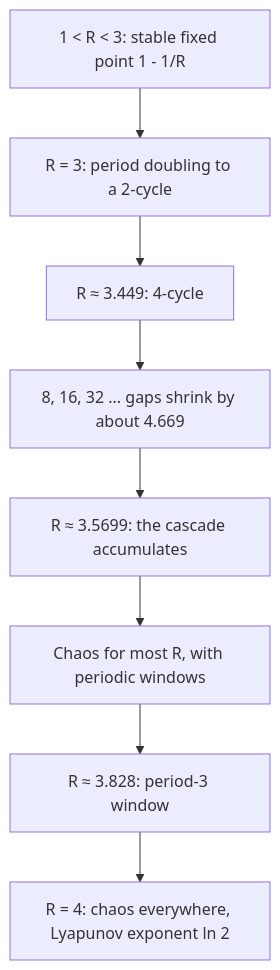
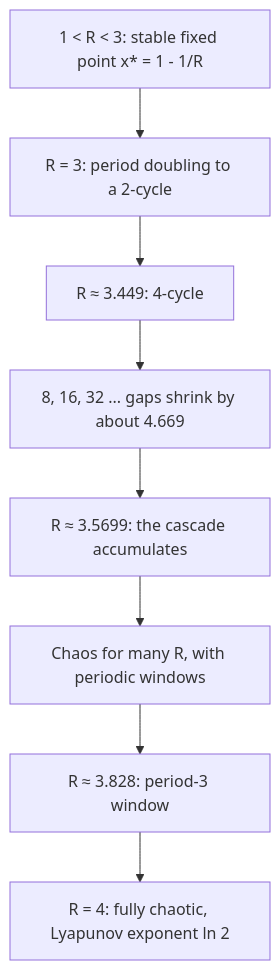
Before and after one commit to Aziliz/erudior: the diagram in content/math/diffeq/lessons/92-logistic-map.md, drawn with Mermaid. The commit also changed other lines of this file and 21 other files, not shown here.

````diff
--- a/content/math/diffeq/lessons/92-logistic-map.md
+++ b/content/math/diffeq/lessons/92-logistic-map.md
@@ -139,12 +139,12 @@
 ```mermaid
 flowchart TD
   accTitle: The period-doubling route to chaos in the logistic map
-  accDescr: As R increases, the logistic map has a stable fixed point for R between 1 and 3. At R equals 3 it period-doubles to a stable 2-cycle. At about 3.449 the 2-cycle doubles to a 4-cycle, then to 8 and 16 at values that get closer by a factor approaching the Feigenbaum constant 4.669. The doublings accumulate at about 3.5699, beyond which most values of R give chaos, interrupted by periodic windows such as period 3 starting at about 3.828. At R equals 4 the map is fully chaotic with Lyapunov exponent ln 2.
-  A["1 #lt; R #lt; 3: stable fixed point 1 - 1/R"] --> B["R = 3: period doubling to a 2-cycle"]
+  accDescr: As R increases, the logistic map has a stable fixed point for R between 1 and 3. At R equals 3 it period-doubles to a stable 2-cycle. At about 3.449 the 2-cycle doubles to a 4-cycle, then to 8 and 16 at values that get closer by a factor approaching the Feigenbaum constant 4.669. The doublings accumulate at about 3.5699, beyond which many values of R give chaos, interrupted by periodic windows such as period 3 starting at about 3.828. At R equals 4 the map is fully chaotic with Lyapunov exponent ln 2.
+  A["1 #lt; R #lt; 3: stable fixed point x* = 1 - 1/R"] --> B["R = 3: period doubling to a 2-cycle"]
   B --> C["R ≈ 3.449: 4-cycle"]
   C --> D["8, 16, 32 ... gaps shrink by about 4.669"]
   D --> E["R ≈ 3.5699: the cascade accumulates"]
-  E --> F["Chaos for most R, with periodic windows"]
+  E --> F["Chaos for many R, with periodic windows"]
   F --> G["R ≈ 3.828: period-3 window"]
-  G --> H["R = 4: chaos everywhere, Lyapunov exponent ln 2"]
+  G --> H["R = 4: fully chaotic, Lyapunov exponent ln 2"]
 ```
````
